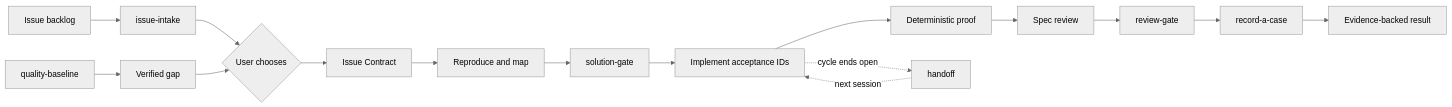
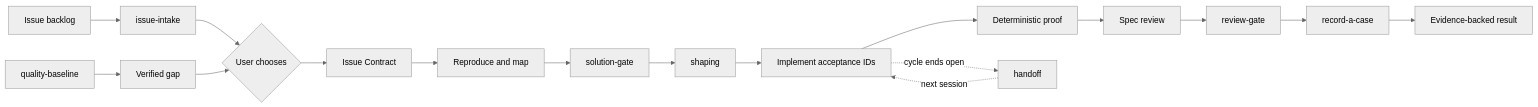
One commit to Railly/skills changed the diagram in README.md. Above: the diagram before and after it, drawn with Mermaid (neutral theme). The commit also changed other lines of this file and 11 other files, not shown here.

````diff
--- a/README.md
+++ b/README.md
@@ -71,18 +75,19 @@
 ```mermaid
 flowchart LR
   Baseline[quality-baseline] --> Gap[Verified gap]
   Backlog[Issue backlog] --> Intake[issue-intake]
   Intake --> Choice{User chooses}
   Gap --> Choice
   Choice --> Contract[Issue Contract]
   Contract --> Reproduce[Reproduce and map]
-  Reproduce --> Shape[solution-gate]
+  Reproduce --> Gate[solution-gate]
+  Gate --> Shape[shaping]
   Shape --> Change[Implement acceptance IDs]
   Change --> Proof[Deterministic proof]
   Proof --> Spec[Spec review]
   Spec --> Review[review-gate]
   Review --> Case[record-a-case]
   Case --> Result[Evidence-backed result]
   Change -.cycle ends open.-> Handoff[handoff]
   Handoff -.next session.-> Change
 ```
````
